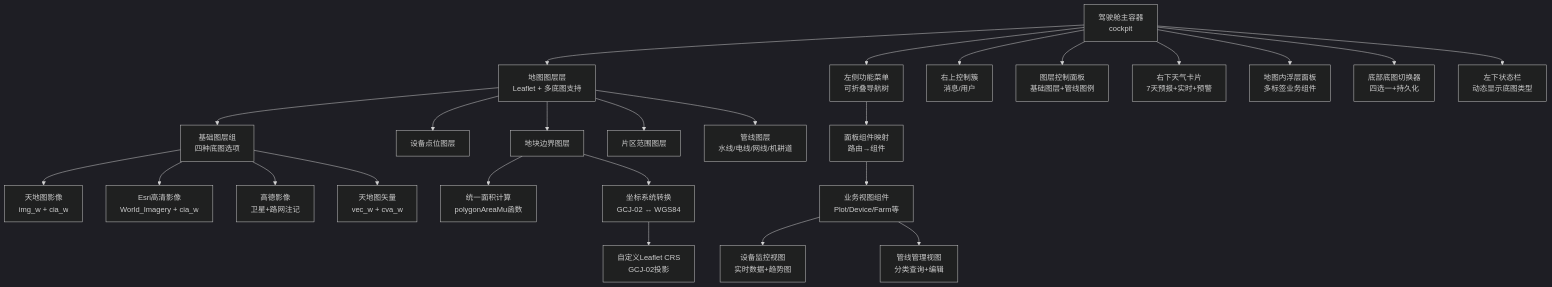
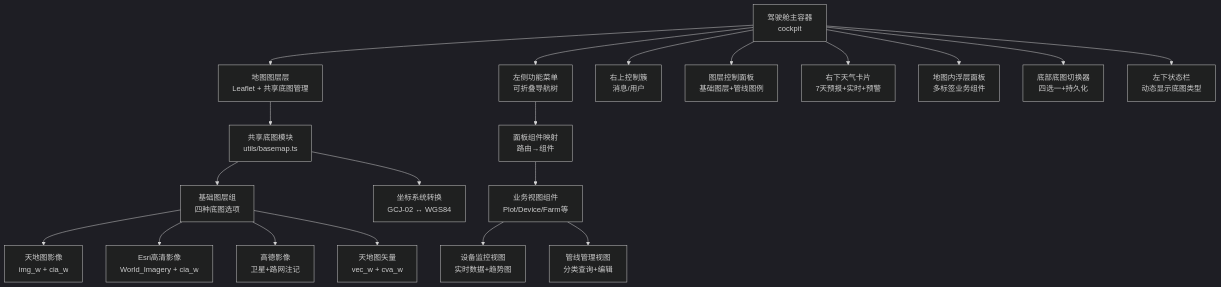
The first of 3 diagrams in .qoder/repowiki/zh/content/前端应用文档/核心页面/仪表盘页面.md (q446328246/agri-platform), drawn with Mermaid (dark theme) before and after one commit. The commit also changed other lines of this file and 48 other files, not shown here.

````diff
--- a/.qoder/repowiki/zh/content/前端应用文档/核心页面/仪表盘页面.md
+++ b/.qoder/repowiki/zh/content/前端应用文档/核心页面/仪表盘页面.md
@@ -62,27 +63,22 @@
 ```mermaid
 graph TB
-Cockpit["驾驶舱主容器<br/>cockpit"] --> MapLayer["地图图层层<br/>Leaflet + 多底图支持"]
+Cockpit["驾驶舱主容器<br/>cockpit"] --> MapLayer["地图图层层<br/>Leaflet + 共享底图管理"]
 Cockpit --> FuncMenu["左侧功能菜单<br/>可折叠导航树"]
 Cockpit --> ControlCluster["右上控制簇<br/>消息/用户"]
 Cockpit --> LayerPanel["图层控制面板<br/>基础图层+管线图例"]
 Cockpit --> WeatherCard["右下天气卡片<br/>7天预报+实时+预警"]
 Cockpit --> MapPanel["地图内浮层面板<br/>多标签业务组件"]
 Cockpit --> BaseMapSwitch["底部底图切换器<br/>四选一+持久化"]
 Cockpit --> StatusBar["左下状态栏<br/>动态显示底图类型"]
-MapLayer --> BaseLayers["基础图层组<br/>四种底图选项"]
-MapLayer --> DeviceLayer["设备点位图层"]
-MapLayer --> FieldLayer["地块边界图层"]
-MapLayer --> ZoneLayer["片区范围图层"]
-MapLayer --> LineLayers["管线图层<br/>水线/电线/网线/机耕道"]
+MapLayer --> SharedBasemap["共享底图模块<br/>utils/basemap.ts"]
+SharedBasemap --> BaseLayers["基础图层组<br/>四种底图选项"]
+SharedBasemap --> CoordConvert["坐标系统转换<br/>GCJ-02 ↔ WGS84"]
 BaseLayers --> TDTImg["天地图影像<br/>img_w + cia_w"]
 BaseLayers --> EsriImg["Esri高清影像<br/>World_Imagery + cia_w"]
 BaseLayers --> AmapImg["高德影像<br/>卫星+路网注记"]
 BaseLayers --> TDTVec["天地图矢量<br/>vec_w + cva_w"]
-FieldLayer --> AreaCalc["统一面积计算<br/>polygonAreaMu函数"]
-FieldLayer --> CoordConvert["坐标系统转换<br/>GCJ-02 ↔ WGS84"]
-CoordConvert --> CustomCRS["自定义Leaflet CRS<br/>GCJ-02投影"]
 FuncMenu --> PanelComps["面板组件映射<br/>路由→组件"]
 PanelComps --> BusinessViews["业务视图组件<br/>Plot/Device/Farm等"]
 BusinessViews --> MonitorView["设备监控视图<br/>实时数据+趋势图"]
 BusinessViews --> InfraLineView["管线管理视图<br/>分类查询+编辑"]
 ```
````
